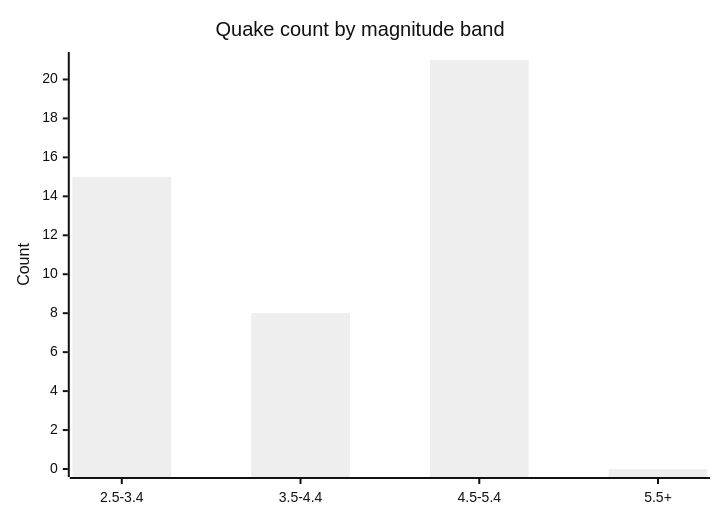
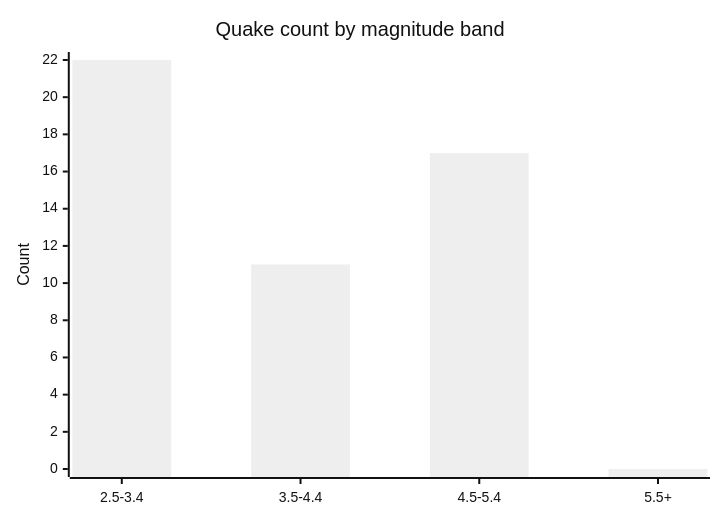
The fifth of 6 diagrams in docs/GRAPHS.md (Midwest-Stratospheric/aerostratospheric-defense-gir), drawn with Mermaid (neutral theme) before and after one commit. The commit also changed other lines of this file and 26 other files, not shown here.

````diff
--- a/docs/GRAPHS.md
+++ b/docs/GRAPHS.md
@@ -82,7 +82,7 @@
 ```mermaid
 xychart-beta
   title "Quake count by magnitude band"
   x-axis ["2.5-3.4", "3.5-4.4", "4.5-5.4", "5.5+"]
-  y-axis "Count" 0 --> 21
-  bar [15, 8, 21, 0]
+  y-axis "Count" 0 --> 22
+  bar [22, 11, 17, 0]
 ```
````
